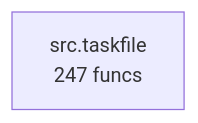
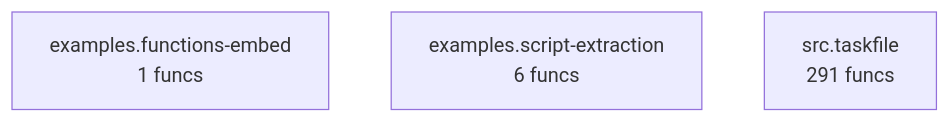
Before and after one commit to pyfunc/taskfile: the diagram in project/compact_flow.mmd, drawn with Mermaid. The commit also changed 22 other files, not shown here.

```diff
--- a/project/compact_flow.mmd
+++ b/project/compact_flow.mmd
@@ -1,2 +1,4 @@
 flowchart TD
-    src_taskfile["src.taskfile<br/>247 funcs"]
+    examples_functions_embed["examples.functions-embed<br/>1 funcs"]
+    examples_script_extraction["examples.script-extraction<br/>6 funcs"]
+    src_taskfile["src.taskfile<br/>291 funcs"]
```
